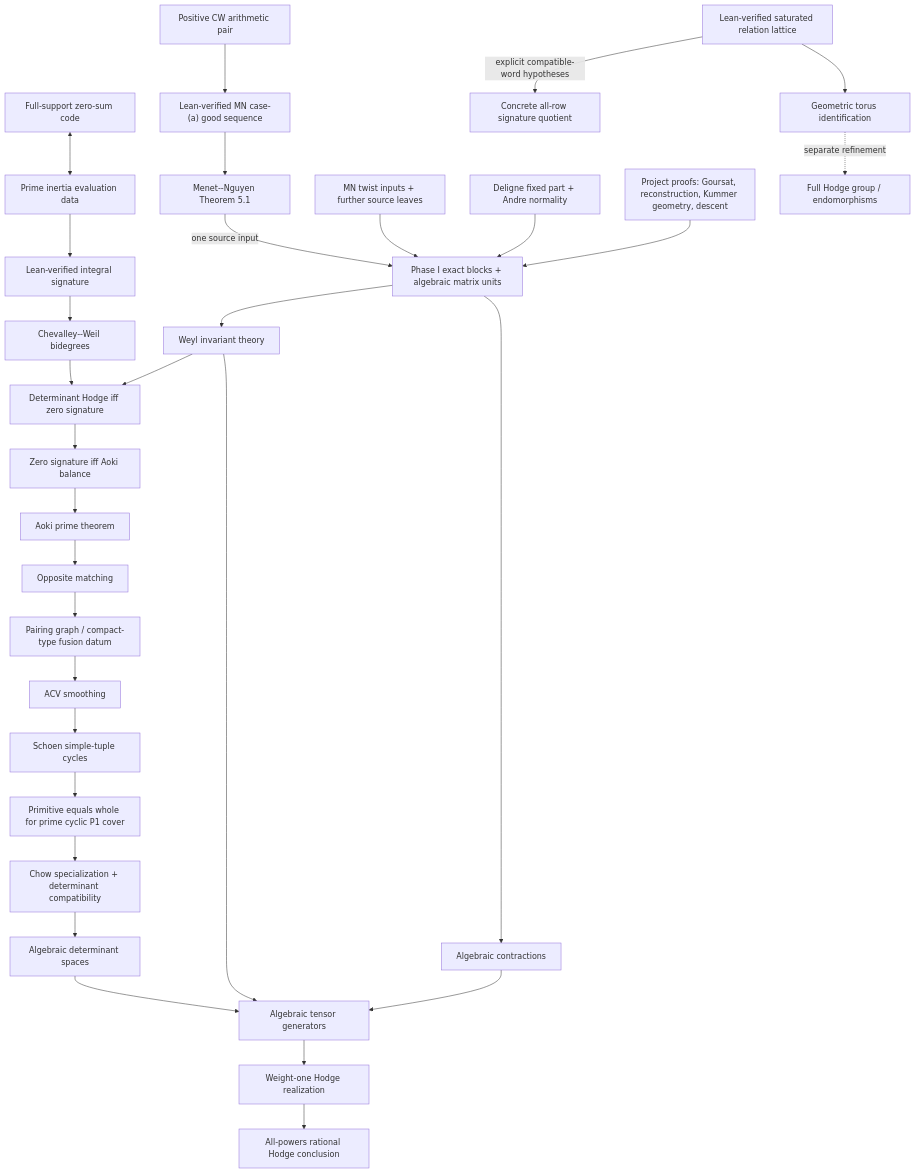
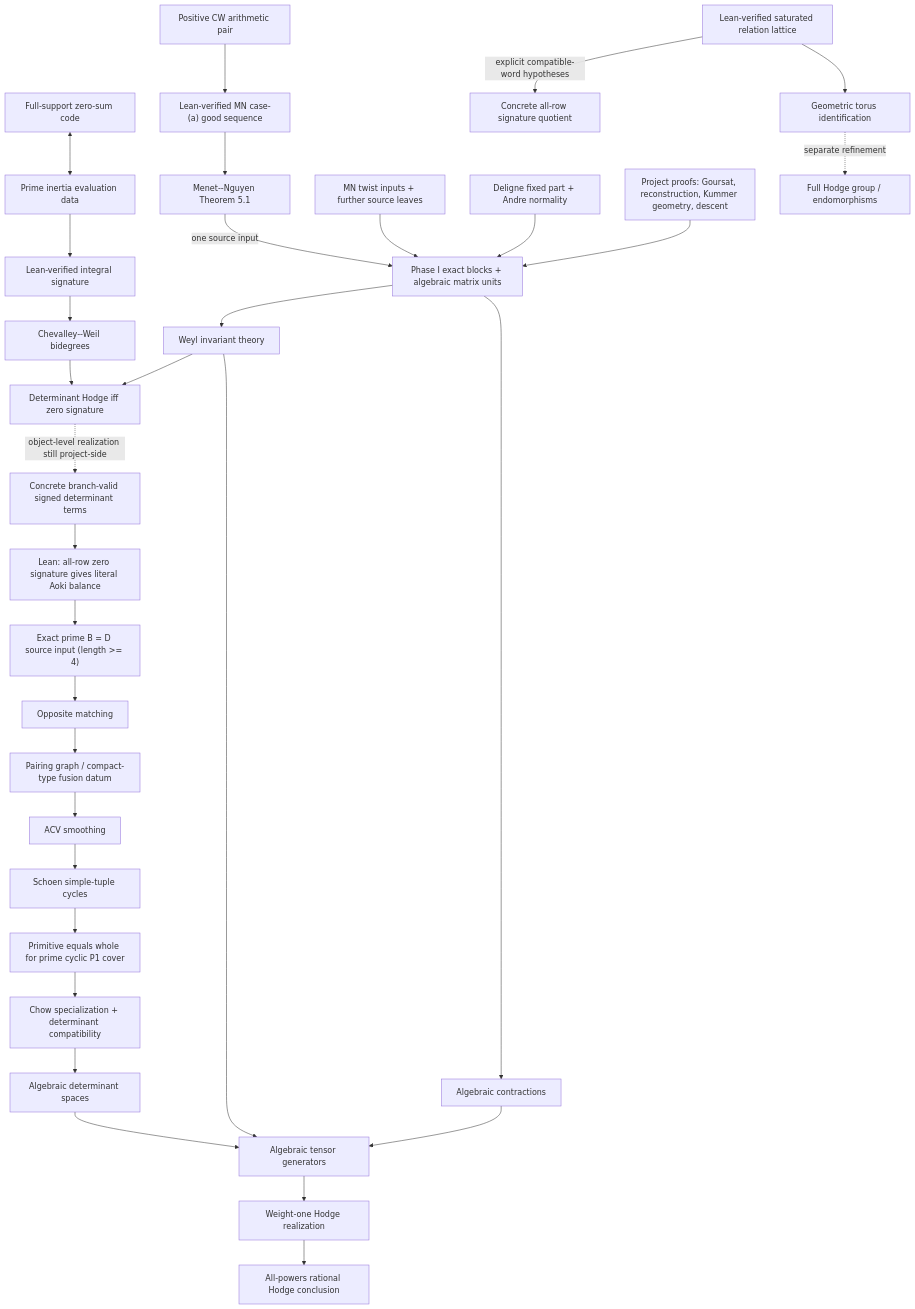
Before and after one commit to KyleJKistner/abelian-cover-hodge-lean: the diagram in docs/DEPENDENCIES.md, drawn with Mermaid. The commit also changed other lines of this file and 11 other files, not shown here.

Commit message:
Formalize determinant signatures to prime pairings

````diff
--- a/docs/DEPENDENCIES.md
+++ b/docs/DEPENDENCIES.md
@@ -8,34 +8,35 @@
 ```mermaid
 flowchart TD
   CODE["Full-support zero-sum code"] <--> BD["Prime inertia evaluation data"]
   BD --> A["Lean-verified integral signature"]
   POS["Positive CW arithmetic pair"] --> GOOD["Lean-verified MN case-(a) good sequence"]
   GOOD --> MN["Menet--Nguyen Theorem 5.1"]
   MN -->|"one source input"| P1
   TW["MN twist inputs + further source leaves"] --> P1
   DEL["Deligne fixed part + Andre normality"] --> P1
   PM["Project proofs: Goursat, reconstruction, Kummer geometry, descent"] --> P1
   A --> CW["Chevalley--Weil bidegrees"]
   P1["Phase I exact blocks + algebraic matrix units"] --> FFT["Weyl invariant theory"]
   CW --> ZS["Determinant Hodge iff zero signature"]
   FFT --> ZS
-  ZS --> BAL["Zero signature iff Aoki balance"]
-  BAL --> AO["Aoki prime theorem"]
+  WORD["Concrete branch-valid signed determinant terms"] --> BAL["Lean: all-row zero signature gives literal Aoki balance"]
+  ZS -. "object-level realization still project-side" .-> WORD
+  BAL --> AO["Exact prime B = D source input (length >= 4)"]
   AO --> PAIR["Opposite matching"]
   PAIR --> FUS["Pairing graph / compact-type fusion datum"]
   FUS --> ACV["ACV smoothing"]
   ACV --> SCH["Schoen simple-tuple cycles"]
   SCH --> PW["Primitive equals whole for prime cyclic P1 cover"]
   PW --> SP["Chow specialization + determinant compatibility"]
   SP --> DET["Algebraic determinant spaces"]
   P1 --> CON["Algebraic contractions"]
   FFT --> GEN["Algebraic tensor generators"]
   DET --> GEN
   CON --> GEN
   GEN --> HR["Weight-one Hodge realization"]
   HR --> GOAL["All-powers rational Hodge conclusion"]
 
   LAT["Lean-verified saturated relation lattice"] -->|"explicit compatible-word hypotheses"| ASIG["Concrete all-row signature quotient"]
   LAT --> TOR["Geometric torus identification"]
   TOR -. "separate refinement" .-> FULL["Full Hodge group / endomorphisms"]
 ```
````
